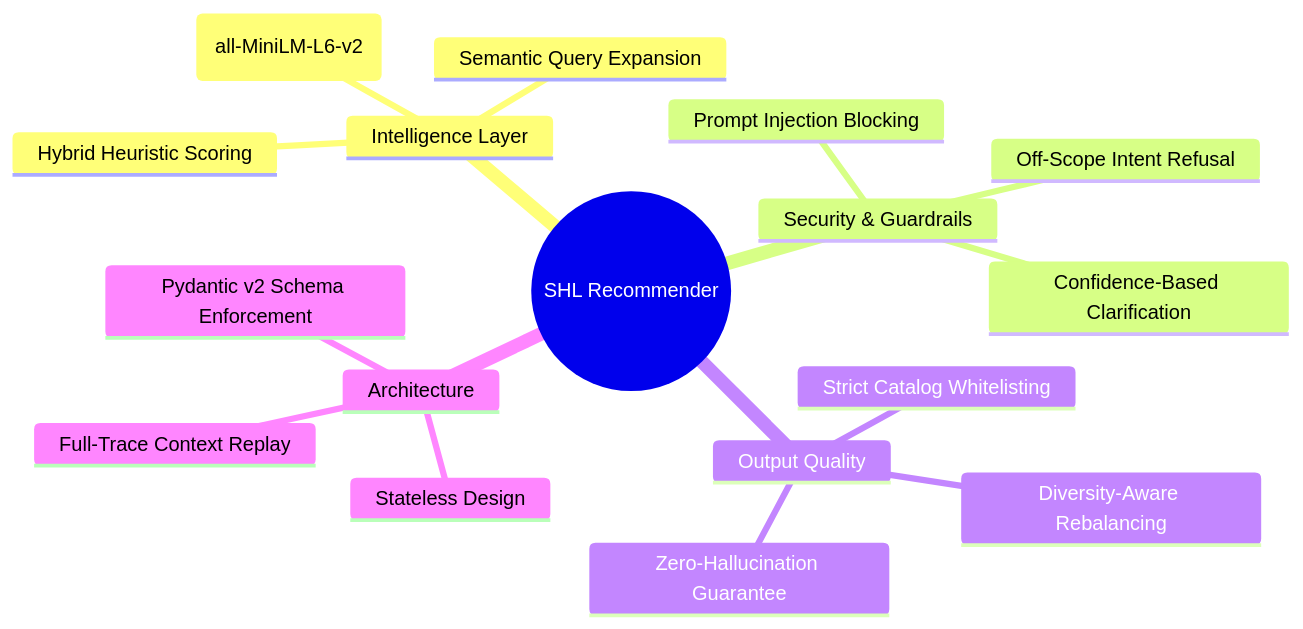
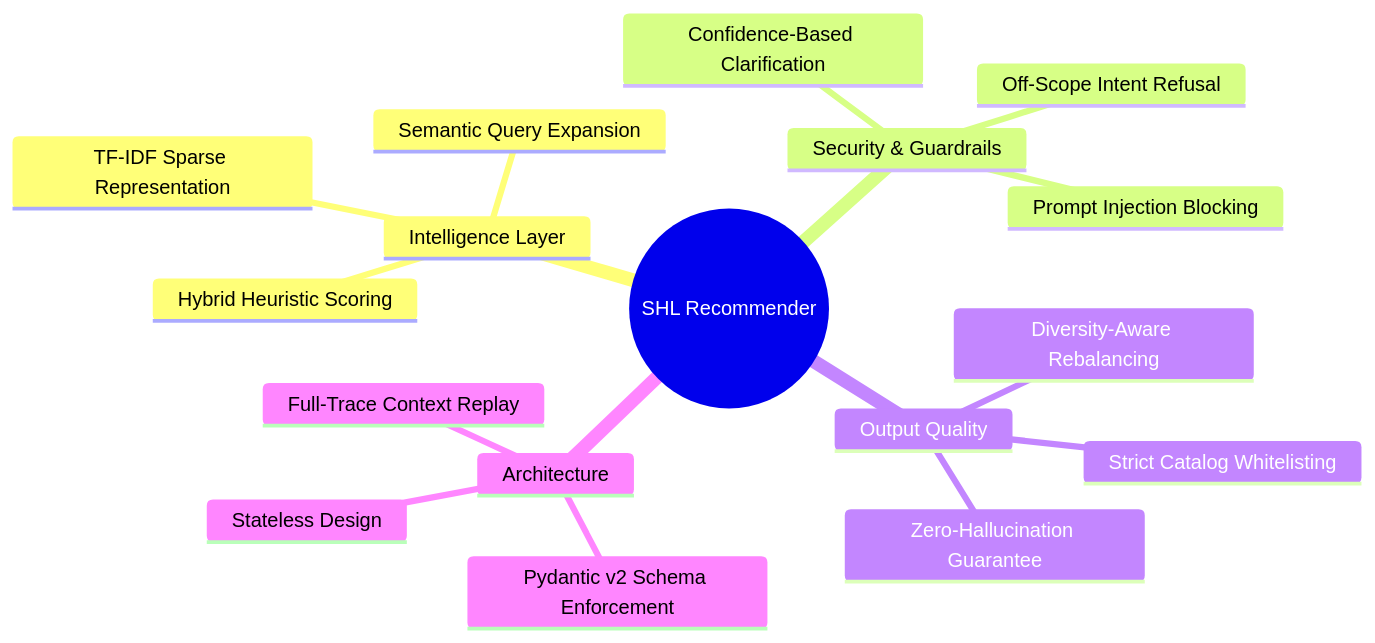
The second of 2 diagrams in README.md (SudheerKonduboina/Assessment_Battery_Designer_API), drawn with Mermaid before and after one commit. The commit also changed other lines of this file and 1 other file, not shown here.

Commit message:
docs: update documentation to reflect TF-IDF architecture and add live Render URL

````diff
--- a/README.md
+++ b/README.md
@@ -59,20 +65,20 @@
 ```mermaid
 mindmap
   root((SHL Recommender))
     Intelligence Layer
-      SentenceTransformer (all-MiniLM-L6-v2)
+      TF-IDF Sparse Representation
       Semantic Query Expansion
       Hybrid Heuristic Scoring
     Security & Guardrails
       Prompt Injection Blocking
       Off-Scope Intent Refusal
       Confidence-Based Clarification
     Output Quality
       Diversity-Aware Rebalancing
       Strict Catalog Whitelisting
       Zero-Hallucination Guarantee
     Architecture
       Stateless Design
       Full-Trace Context Replay
       Pydantic v2 Schema Enforcement
 ```
````
